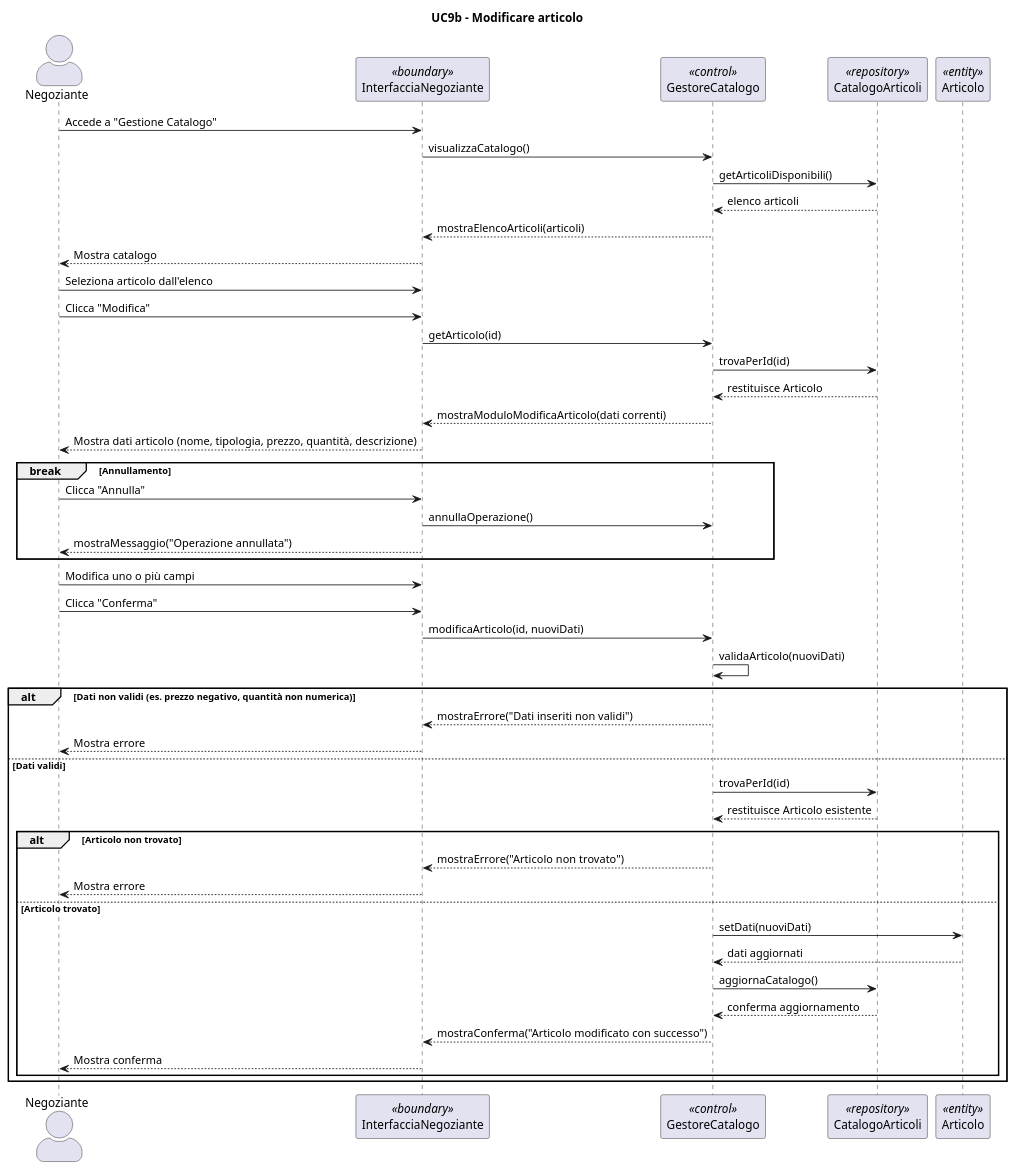
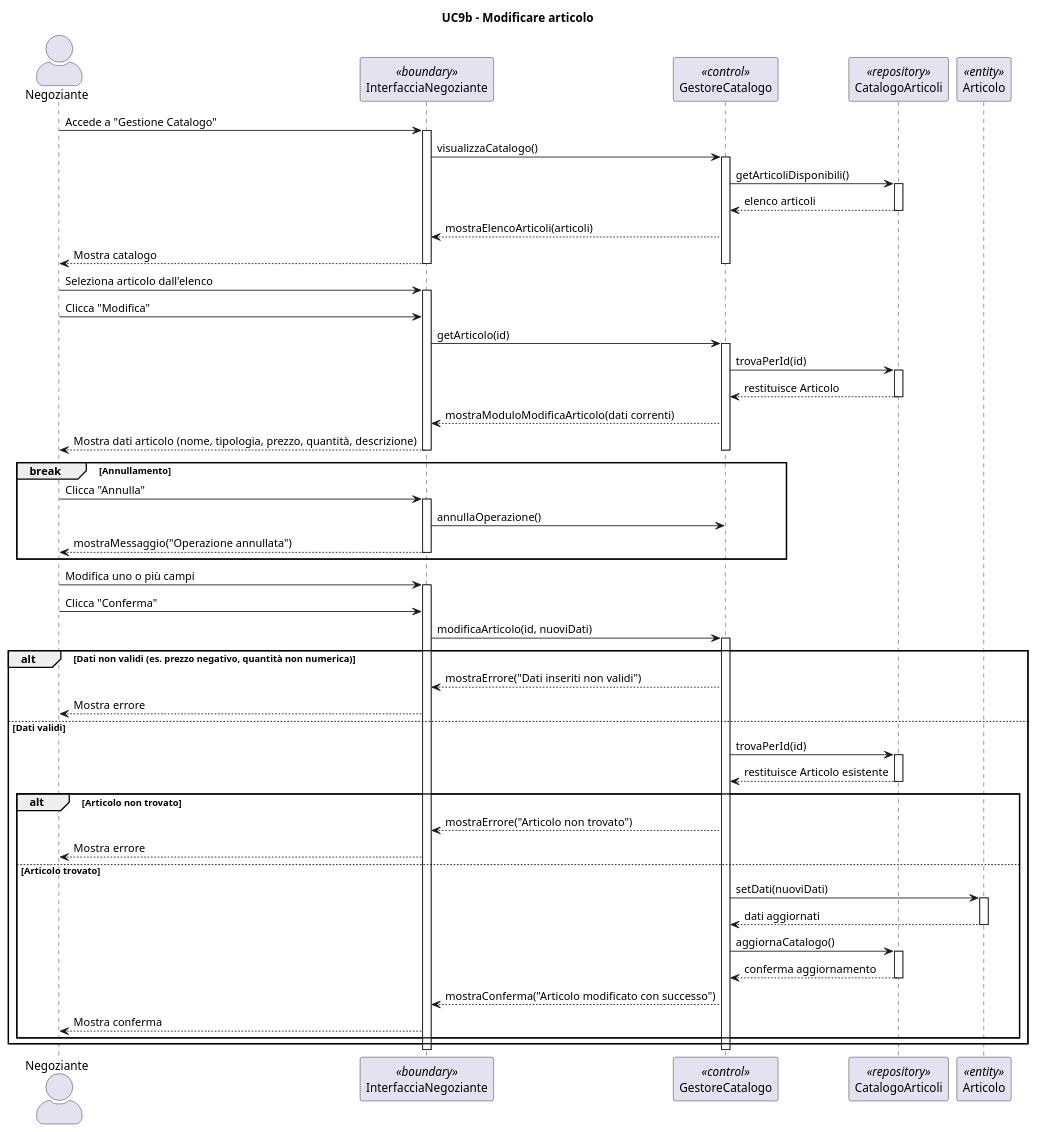
Before and after one commit to Samepsilon/FloWare: the diagram in diagrammiUML/diagrammi di sequenza/UC9b_Modificare_Articolo.puml, drawn with PlantUML. The commit also changed 22 other files, not shown here.

Commit message:
put activate e deactivate on diagramm sequences

```diff
--- a/diagrammiUML/diagrammi di sequenza/UC9b_Modificare_Articolo.puml
+++ b/diagrammiUML/diagrammi di sequenza/UC9b_Modificare_Articolo.puml
@@ -1,66 +1,86 @@
 @startuml
 title UC9b - Modificare articolo
 skinparam actorStyle awesome
 
 actor "Negoziante" as N
 participant "InterfacciaNegoziante" as IN <<boundary>>
 participant "GestoreCatalogo" as G <<control>>
 participant "CatalogoArticoli" as CA <<repository>>
 participant "Articolo" as A <<entity>>
 
-' 1. Visualizzazione catalogo
 N -> IN: Accede a "Gestione Catalogo"
+activate IN
 IN -> G: visualizzaCatalogo()
+activate G
 G -> CA: getArticoliDisponibili()
+activate CA
 CA --> G: elenco articoli
+deactivate CA
 G --> IN: mostraElencoArticoli(articoli)
 IN --> N: Mostra catalogo
+deactivate G
+deactivate IN
 
-' 2. Selezione articolo da modificare
 N -> IN: Seleziona articolo dall'elenco
+activate IN
 N -> IN: Clicca "Modifica"
 IN -> G: getArticolo(id)
+activate G
 G -> CA: trovaPerId(id)
+activate CA
 CA --> G: restituisce Articolo
+deactivate CA
 G --> IN: mostraModuloModificaArticolo(dati correnti)
 IN --> N: Mostra dati articolo (nome, tipologia, prezzo, quantità, descrizione)
+deactivate G
+deactivate IN
 
-' 3. Flusso di annullamento (break)
 break Annullamento
     N -> IN: Clicca "Annulla"
+    activate IN
     IN -> G: annullaOperazione()
     IN --> N: mostraMessaggio("Operazione annullata")
+    deactivate IN
 end
 
-' 4. Modifica articolo
 N -> IN: Modifica uno o più campi
+activate IN
 N -> IN: Clicca "Conferma"
 
 IN -> G: modificaArticolo(id, nuoviDati)
-G -> G: validaArticolo(nuoviDati)
+activate G
 
 alt Dati non validi (es. prezzo negativo, quantità non numerica)
     G --> IN: mostraErrore("Dati inseriti non validi")
     IN --> N: Mostra errore
     
 else Dati validi
     G -> CA: trovaPerId(id)
+    activate CA
     CA --> G: restituisce Articolo esistente
+    deactivate CA
     
     alt Articolo non trovato
         G --> IN: mostraErrore("Articolo non trovato")
         IN --> N: Mostra errore
         
     else Articolo trovato
         G -> A: setDati(nuoviDati)
+        activate A
         A --> G: dati aggiornati
+        deactivate A
         
         G -> CA: aggiornaCatalogo()
+        activate CA
         CA --> G: conferma aggiornamento
+        deactivate CA
         
         G --> IN: mostraConferma("Articolo modificato con successo")
         IN --> N: Mostra conferma
     end
 end
 
+deactivate G
+deactivate IN
+
 @enduml
```
